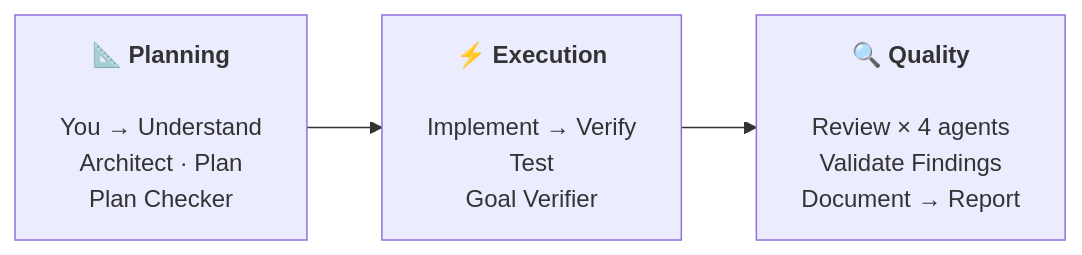
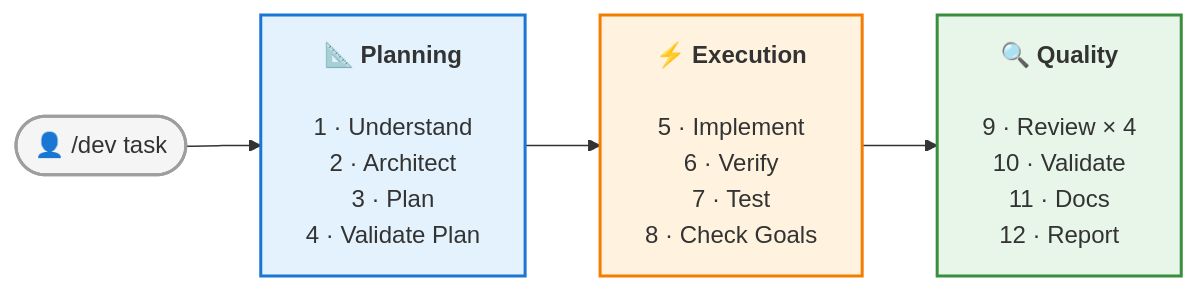
The diagram in README.md (RaNDoM6913/claude-code-superkit), drawn with Mermaid before and after one commit.

Commit message:
🎨 style: colored numbered diagram — 3 phases with distinct colors
Added numbered steps (1-12), color-coded phases (blue/orange/green),
entry point node, shorter labels to prevent text cutoff.

````diff
--- a/README.md
+++ b/README.md
@@ -90,4 +90,13 @@
 ```mermaid
 graph LR
-    P["📐 <b>Planning</b><br/><br/>You → Understand<br/>Architect · Plan<br/>Plan Checker"] --> E["⚡ <b>Execution</b><br/><br/>Implement → Verify<br/>Test<br/>Goal Verifier"] --> Q["🔍 <b>Quality</b><br/><br/>Review × 4 agents<br/>Validate Findings<br/>Document → Report"]
+    U(["👤 /dev task"]) --> P --> E --> Q
+
+    P["📐 <b>Planning</b><br/><br/>1 · Understand<br/>2 · Architect<br/>3 · Plan<br/>4 · Validate Plan"]
+    E["⚡ <b>Execution</b><br/><br/>5 · Implement<br/>6 · Verify<br/>7 · Test<br/>8 · Check Goals"]
+    Q["🔍 <b>Quality</b><br/><br/>9 · Review × 4<br/>10 · Validate<br/>11 · Docs<br/>12 · Report"]
+
+    style U fill:#f5f5f5,stroke:#9E9E9E,stroke-width:2px,color:#333
+    style P fill:#e3f2fd,stroke:#1976D2,stroke-width:2px,color:#333
+    style E fill:#fff3e0,stroke:#F57C00,stroke-width:2px,color:#333
+    style Q fill:#e8f5e9,stroke:#388E3C,stroke-width:2px,color:#333
 ```
````
